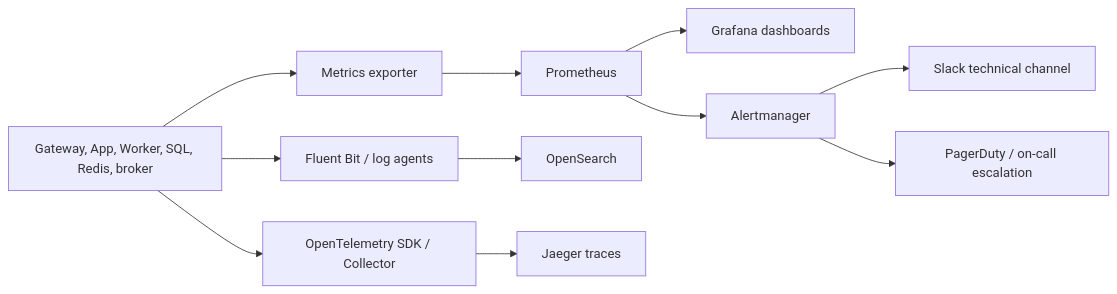
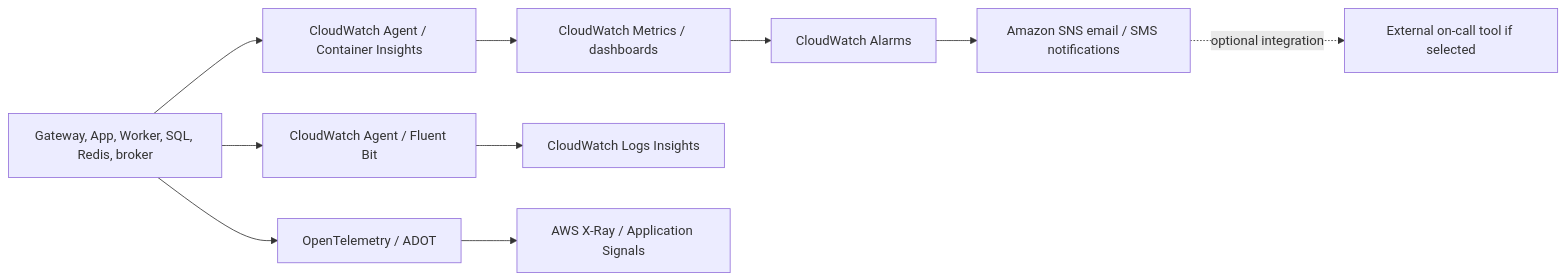
The first of 2 diagrams in business-analysis/05_Non_Functional_Requirements_(NFR)/07_Monitoring_Backup_And_Disaster_Recovery.md (toanteng11/concert-ticketing-docs), drawn with Mermaid before and after one commit. The commit also changed other lines of this file and 43 other files, not shown here.

````diff
--- a/business-analysis/05_Non_Functional_Requirements_(NFR)/07_Monitoring_Backup_And_Disaster_Recovery.md
+++ b/business-analysis/05_Non_Functional_Requirements_(NFR)/07_Monitoring_Backup_And_Disaster_Recovery.md
@@ -43,10 +43,10 @@
 ```mermaid
 flowchart LR
   services["Gateway, App, Worker, SQL, Redis, broker"]
-  services --> metrics["Metrics exporter"] --> prom["Prometheus"] --> grafana["Grafana dashboards"]
-  services --> logs["Fluent Bit / log agents"] --> search["OpenSearch"]
-  services --> traces["OpenTelemetry SDK / Collector"] --> jaeger["Jaeger traces"]
-  prom --> alert["Alertmanager"]
-  alert --> slack["Slack technical channel"]
-  alert --> pager["PagerDuty / on-call escalation"]
+  services --> metrics["CloudWatch Agent / Container Insights"] --> cw["CloudWatch Metrics / dashboards"]
+  services --> logs["CloudWatch Agent / Fluent Bit"] --> cwlogs["CloudWatch Logs Insights"]
+  services --> traces["OpenTelemetry / ADOT"] --> xray["AWS X-Ray / Application Signals"]
+  cw --> alarm["CloudWatch Alarms"]
+  alarm --> sns["Amazon SNS email / SMS notifications"]
+  sns -. optional integration .-> incident["External on-call tool if selected"]
 ```
````
